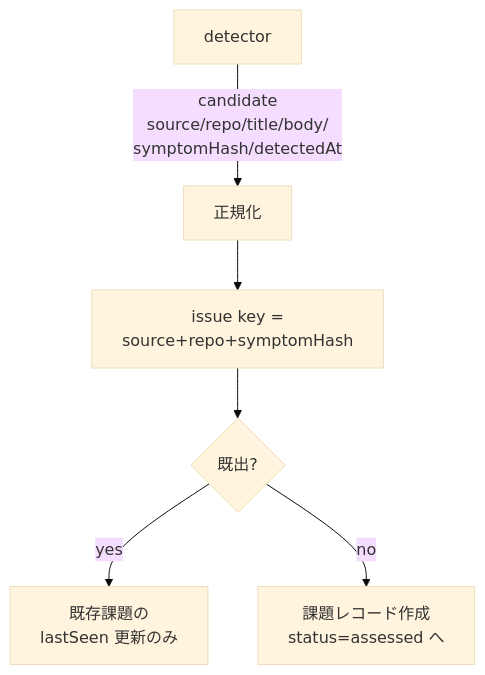
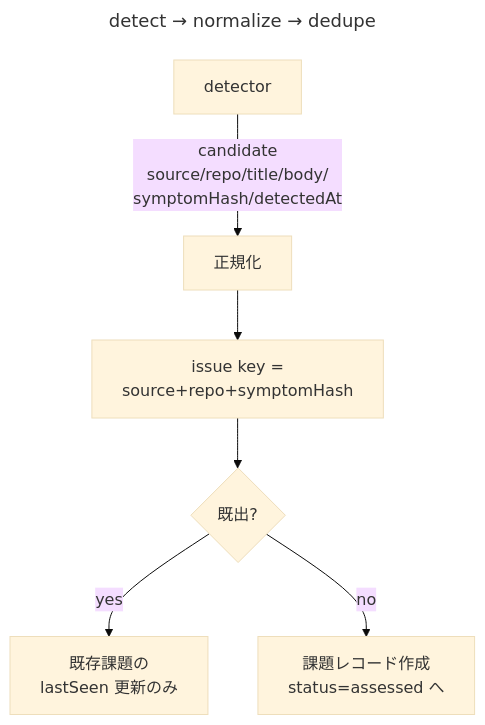
The third of 10 diagrams in README.md (yamamoto-ryuzo/kasugai_agent), drawn with Mermaid (base theme) before and after one commit. The commit also changed other lines of this file and 58 other files, not shown here.

First line of the commit message:
パネル機能拡充（i18n・マニュアル配信・git操作・マルチリポジトリ）と src 責務分割、mermaid 図の正本を diagrams/*.mmd に集約

````diff
--- a/README.md
+++ b/README.md
@@ -117,8 +128,11 @@
 ```mermaid
+---
+title: detect → normalize → dedupe
+---
 flowchart TD
     DET[detector] -->|candidate<br/>source/repo/title/body/<br/>symptomHash/detectedAt| NORM[正規化]
     NORM --> HASH[issue key =<br/>source+repo+symptomHash]
     HASH --> EXIST{既出?}
     EXIST -->|yes| BUMP[既存課題の<br/>lastSeen 更新のみ]
     EXIST -->|no| NEW[課題レコード作成<br/>status=assessed へ]
 ```
````
